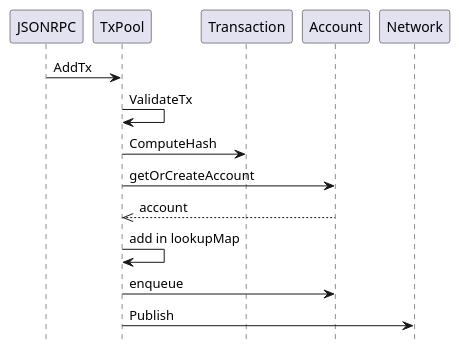
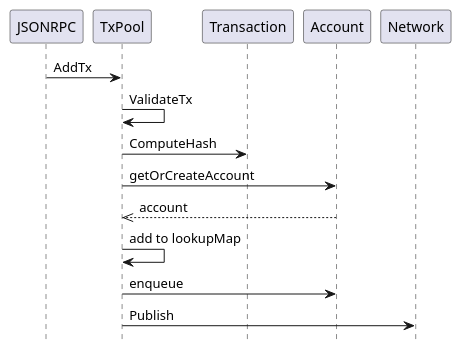
Before and after one commit to Ethernal-Tech/blade-legacy: the diagram in txpool/uml/txpool_add_tx_sequence.puml, drawn with PlantUML. The commit also changed 18 other files, not shown here.

Commit message:
Plantuml folder reorg and new pumls

```diff
--- a/txpool/uml/txpool_add_tx_sequence.puml
+++ b/txpool/uml/txpool_add_tx_sequence.puml
@@ -1,12 +1,12 @@
 @startuml
 hide footbox
 
 JSONRPC -> TxPool: AddTx
 TxPool -> TxPool: ValidateTx
 TxPool -> Transaction: ComputeHash
 TxPool -> Account: getOrCreateAccount
 TxPool <<-- Account: account
-TxPool -> TxPool: add in lookupMap
+TxPool -> TxPool: add to lookupMap
 TxPool -> Account: enqueue
 TxPool -> Network: Publish
 @enduml
```
